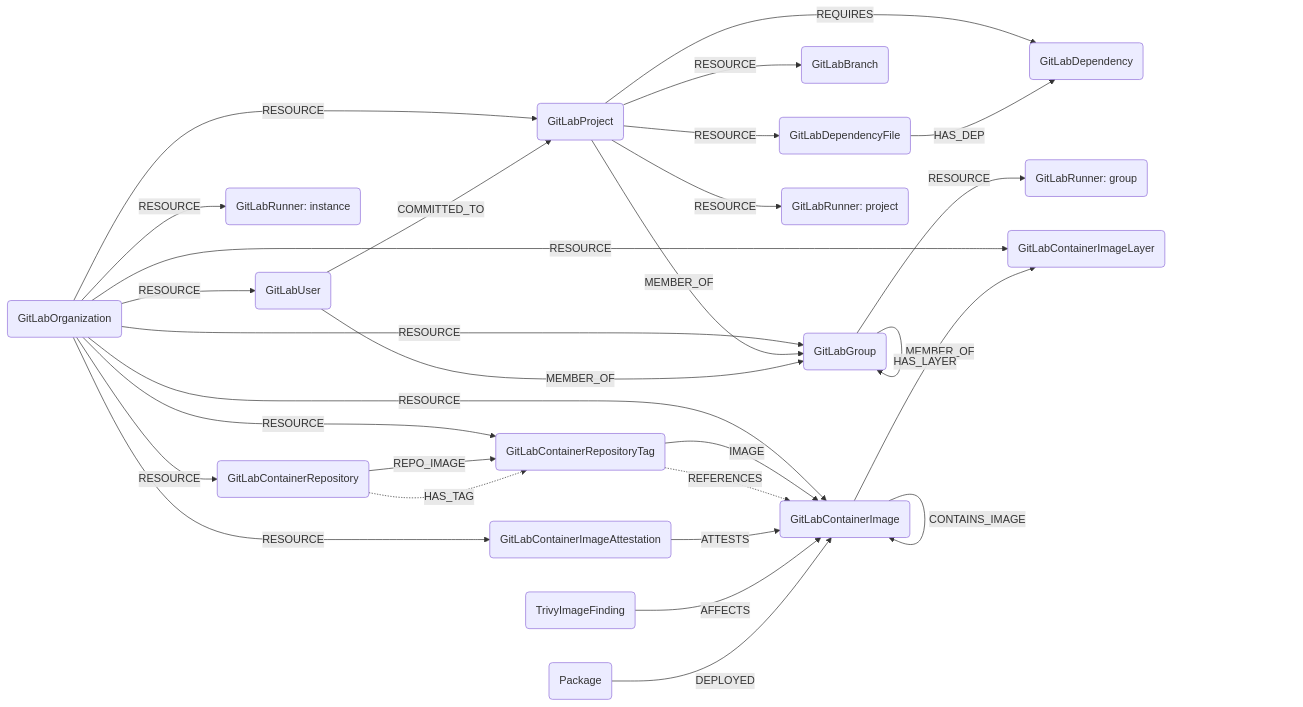
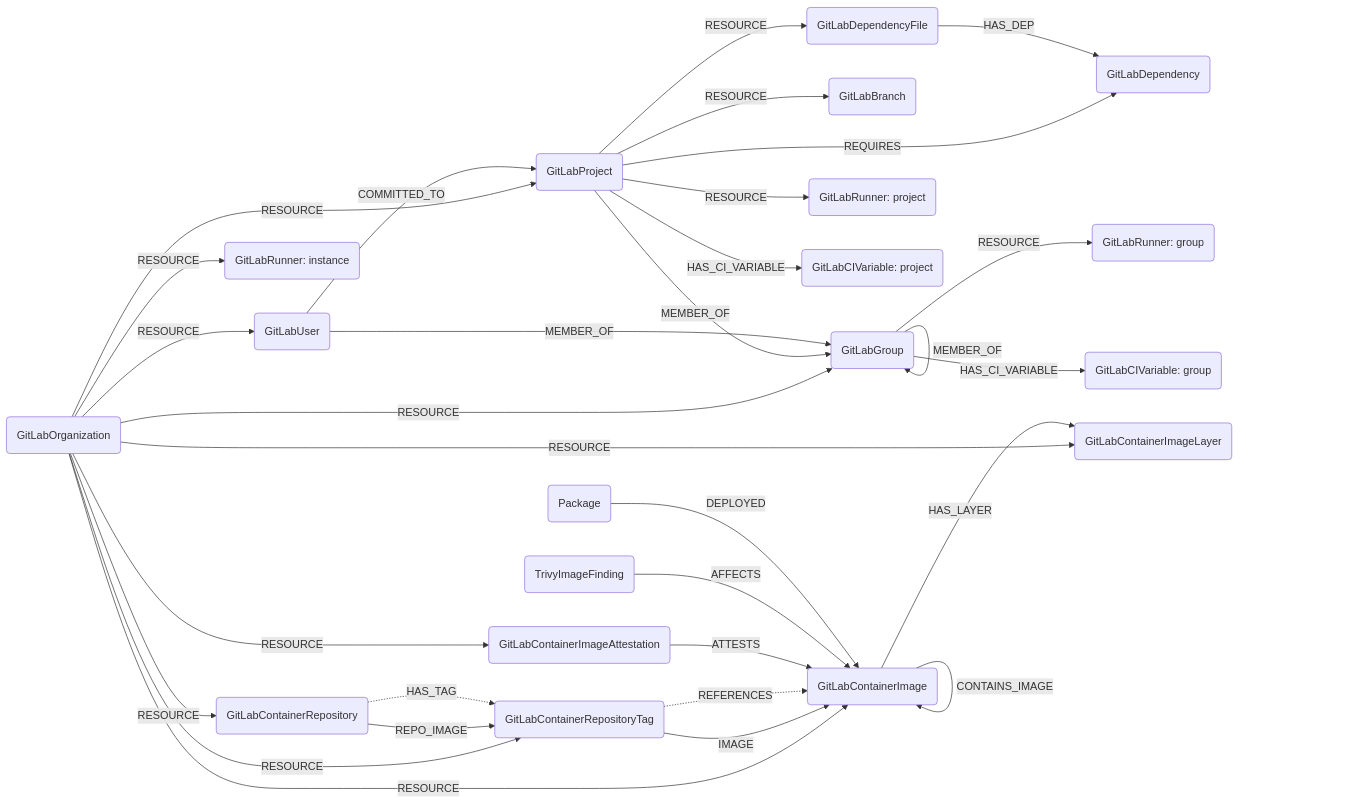
The diagram in docs/root/modules/gitlab/schema.md (cartography-cncf/cartography), drawn with Mermaid before and after one commit. The commit also changed other lines of this file and 6 other files, not shown here.

First line of the commit message:
feat(gitlab): ingest CI/CD variables at group and project scopes

````diff
--- a/docs/root/modules/gitlab/schema.md
+++ b/docs/root/modules/gitlab/schema.md
@@ -3,38 +3,42 @@
 ```mermaid
 graph LR
 
 O(GitLabOrganization) -- RESOURCE --> G(GitLabGroup)
 O -- RESOURCE --> P(GitLabProject)
 O -- RESOURCE --> U(GitLabUser)
 G -- MEMBER_OF --> G
 P -- MEMBER_OF --> G
 U -- MEMBER_OF --> G
 U -- COMMITTED_TO --> P
 P -- RESOURCE --> B(GitLabBranch)
 P -- RESOURCE --> DF(GitLabDependencyFile)
 P -- REQUIRES --> D(GitLabDependency)
 DF -- HAS_DEP --> D
 
 %% CI/CD Runners
 O -- RESOURCE --> R_I(GitLabRunner: instance)
 G -- RESOURCE --> R_G(GitLabRunner: group)
 P -- RESOURCE --> R_P(GitLabRunner: project)
 
+%% CI/CD Variables
+G -- HAS_CI_VARIABLE --> CV_G(GitLabCIVariable: group)
+P -- HAS_CI_VARIABLE --> CV_P(GitLabCIVariable: project)
+
 %% Container Registry
 O -- RESOURCE --> CR(GitLabContainerRepository)
 O -- RESOURCE --> CI(GitLabContainerImage)
 O -- RESOURCE --> CIL(GitLabContainerImageLayer)
 O -- RESOURCE --> CT(GitLabContainerRepositoryTag)
 O -- RESOURCE --> CA(GitLabContainerImageAttestation)
 CR -- REPO_IMAGE --> CT
 CR -. HAS_TAG .-> CT
 CT -- IMAGE --> CI
 CT -. REFERENCES .-> CI
 CI -- CONTAINS_IMAGE --> CI
 CI -- HAS_LAYER --> CIL
 CA -- ATTESTS --> CI
 
 %% Trivy Vulnerability Scanning
 TIF(TrivyImageFinding) -- AFFECTS --> CI
 PKG(Package) -- DEPLOYED --> CI
 ```
````
